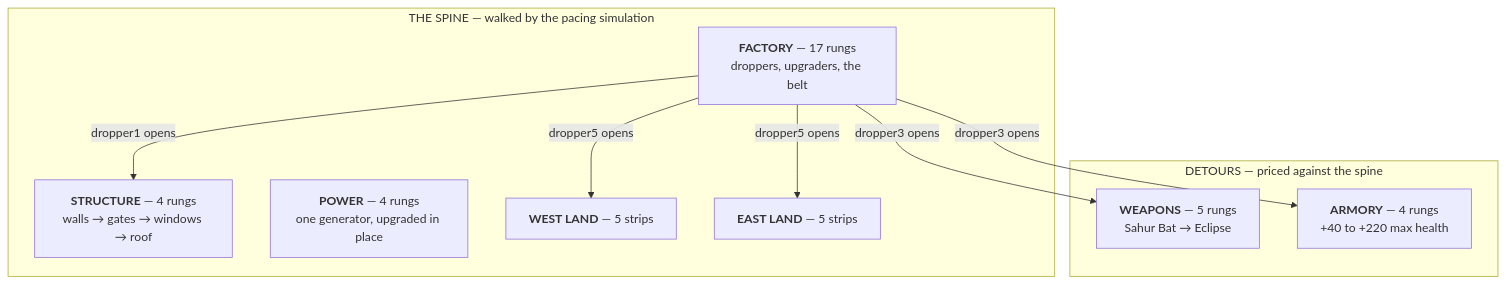
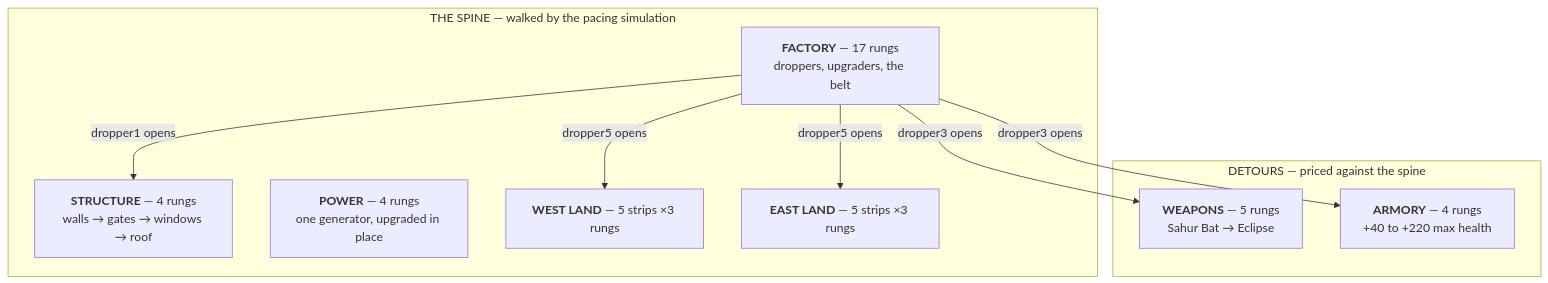
Before and after one commit to adit-rah/ttt: the fourth of 6 diagrams in docs/design/GAME.md, drawn with Mermaid. The commit also changed other lines of this file and 10 other files, not shown here.

````diff
--- a/docs/design/GAME.md
+++ b/docs/design/GAME.md
@@ -154,19 +154,19 @@
 ```mermaid
 graph TD
     subgraph spine["THE SPINE — walked by the pacing simulation"]
         F["<b>FACTORY</b> — 17 rungs<br/>droppers, upgraders, the belt"]
         S["<b>STRUCTURE</b> — 4 rungs<br/>walls → gates → windows → roof"]
         P["<b>POWER</b> — 4 rungs<br/>one generator, upgraded in place"]
-        LL["<b>WEST LAND</b> — 5 strips"]
-        LR2["<b>EAST LAND</b> — 5 strips"]
+        LL["<b>WEST LAND</b> — 5 strips ×3 rungs"]
+        LR2["<b>EAST LAND</b> — 5 strips ×3 rungs"]
     end
     subgraph side["DETOURS — priced against the spine"]
         W["<b>WEAPONS</b> — 5 rungs<br/>Sahur Bat → Eclipse"]
         A["<b>ARMORY</b> — 4 rungs<br/>+40 to +220 max health"]
     end
     F -->|"dropper1 opens"| S
     F -->|"dropper3 opens"| W
     F -->|"dropper3 opens"| A
     F -->|"dropper5 opens"| LL
     F -->|"dropper5 opens"| LR2
 ```
````
